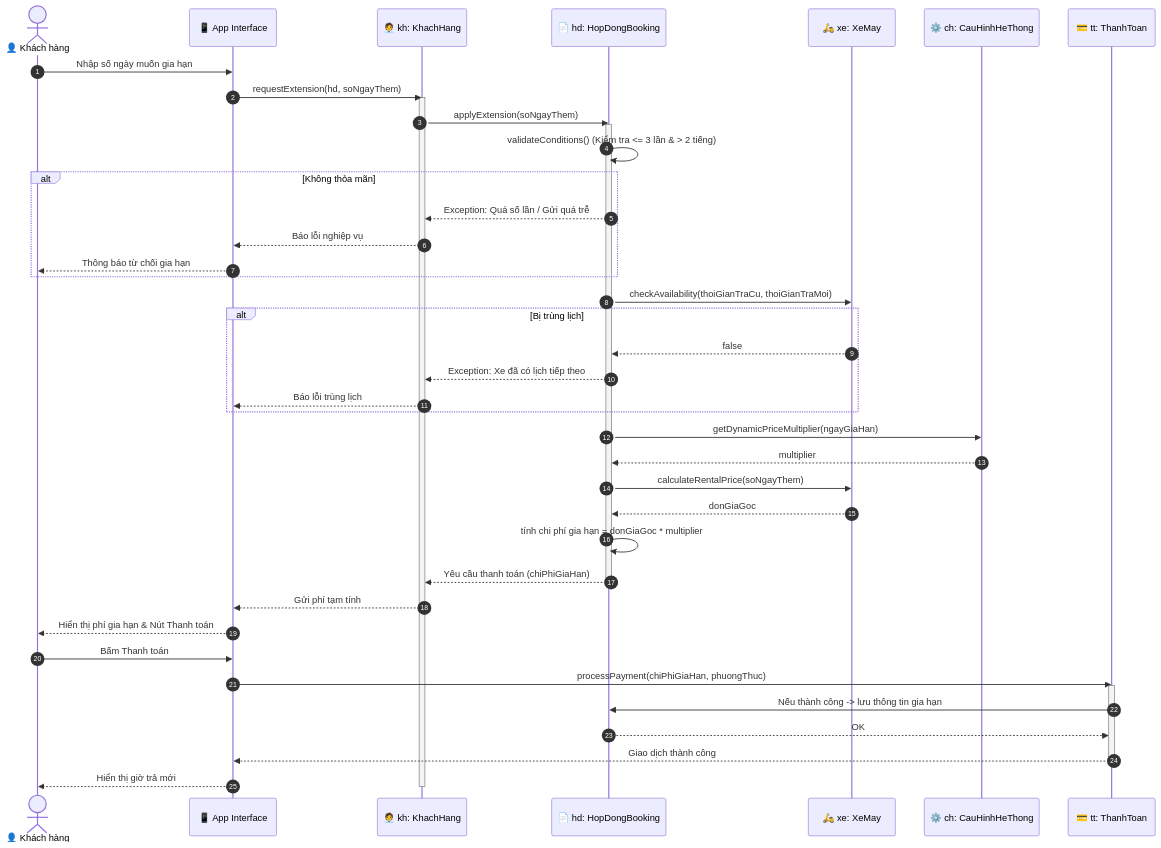
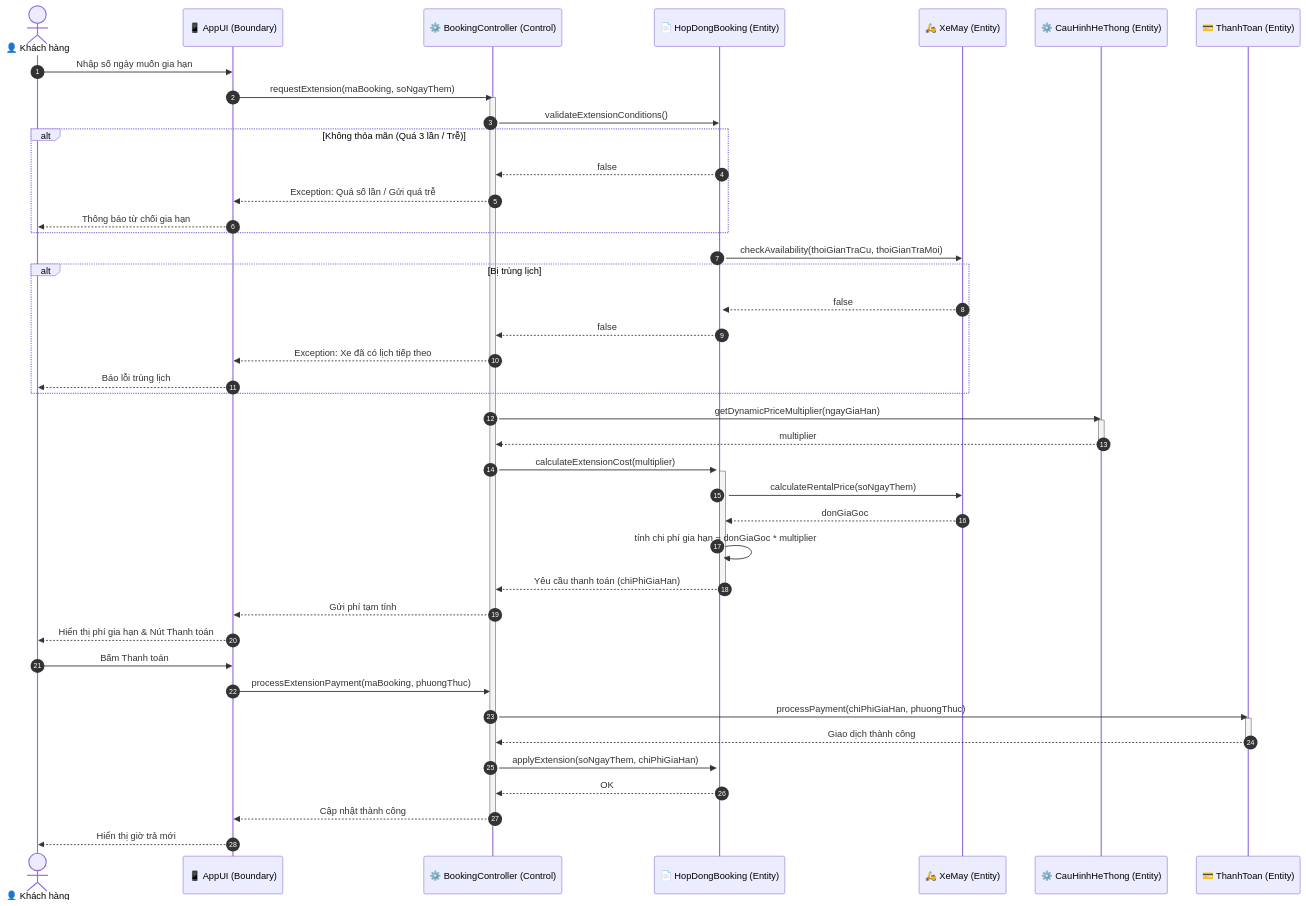
Before and after one commit to Vqd2k6/SAD-UTH: the second of 6 diagrams in docs/sequence-diagrams.md, drawn with Mermaid. The commit also changed other lines of this file and 29 other files, not shown here.

````diff
--- a/docs/sequence-diagrams.md
+++ b/docs/sequence-diagrams.md
@@ -89,56 +101,64 @@
 ```mermaid
 sequenceDiagram
     autonumber
     actor Customer as 👤 Khách hàng
-    participant AppUI as 📱 App Interface
-    participant KH as 🧑‍💼 kh: KhachHang
-    participant HD as 📄 hd: HopDongBooking
-    participant XM as 🛵 xe: XeMay
-    participant CH as ⚙️ ch: CauHinhHeThong
-    participant TT as 💳 tt: ThanhToan
+    participant AppUI as 📱 AppUI (Boundary)
+    participant BC as ⚙️ BookingController (Control)
+    participant HD as 📄 HopDongBooking (Entity)
+    participant XM as 🛵 XeMay (Entity)
+    participant CH as ⚙️ CauHinhHeThong (Entity)
+    participant TT as 💳 ThanhToan (Entity)
 
     Customer->>AppUI: Nhập số ngày muốn gia hạn
-    AppUI->>KH: requestExtension(hd, soNgayThem)
-    activate KH
+    AppUI->>BC: requestExtension(maBooking, soNgayThem)
+    activate BC
 
-    KH->>HD: applyExtension(soNgayThem)
+    BC->>HD: validateExtensionConditions()
     activate HD
     
     %% === VALIDATION TẠI OBJECT BOOKING ===
-    HD->>HD: validateConditions() (Kiểm tra <= 3 lần & > 2 tiếng)
-    alt Không thỏa mãn
-        HD-->>KH: Exception: Quá số lần / Gửi quá trễ
-        KH-->>AppUI: Báo lỗi nghiệp vụ
+    alt Không thỏa mãn (Quá 3 lần / Trễ)
+        HD-->>BC: false
+        BC-->>AppUI: Exception: Quá số lần / Gửi quá trễ
         AppUI-->>Customer: Thông báo từ chối gia hạn
     end
 
     HD->>XM: checkAvailability(thoiGianTraCu, thoiGianTraMoi)
     alt Bị trùng lịch
         XM-->>HD: false
-        HD-->>KH: Exception: Xe đã có lịch tiếp theo
-        KH-->>AppUI: Báo lỗi trùng lịch
+        HD-->>BC: false
+        BC-->>AppUI: Exception: Xe đã có lịch tiếp theo
+        AppUI-->>Customer: Báo lỗi trùng lịch
     end
 
     %% === TÍNH PHÍ GIA HẠN THÔNG MINH ===
-    HD->>CH: getDynamicPriceMultiplier(ngayGiaHan)
-    CH-->>HD: multiplier
+    BC->>CH: getDynamicPriceMultiplier(ngayGiaHan)
+    activate CH
+    CH-->>BC: multiplier
+    deactivate CH
+    BC->>HD: calculateExtensionCost(multiplier)
+    activate HD
     HD->>XM: calculateRentalPrice(soNgayThem)
     XM-->>HD: donGiaGoc
     HD->>HD: tính chi phí gia hạn = donGiaGoc * multiplier
-    HD-->>KH: Yêu cầu thanh toán (chiPhiGiaHan)
+    HD-->>BC: Yêu cầu thanh toán (chiPhiGiaHan)
     deactivate HD
 
-    KH-->>AppUI: Gửi phí tạm tính
+    BC-->>AppUI: Gửi phí tạm tính
     AppUI-->>Customer: Hiển thị phí gia hạn & Nút Thanh toán
     
     Customer->>AppUI: Bấm Thanh toán
-    AppUI->>TT: processPayment(chiPhiGiaHan, phuongThuc)
+    AppUI->>BC: processExtensionPayment(maBooking, phuongThuc)
+    BC->>TT: processPayment(chiPhiGiaHan, phuongThuc)
     activate TT
-    TT->>HD: Nếu thành công -> lưu thông tin gia hạn
-    HD-->>TT: OK
-    TT-->>AppUI: Giao dịch thành công
+    TT-->>BC: Giao dịch thành công
     deactivate TT
+
+    BC->>HD: applyExtension(soNgayThem, chiPhiGiaHan)
+    HD-->>BC: OK
+    
+    BC-->>AppUI: Cập nhật thành công
+    deactivate BC
     
     AppUI-->>Customer: Hiển thị giờ trả mới
-    deactivate KH
 ```
````
